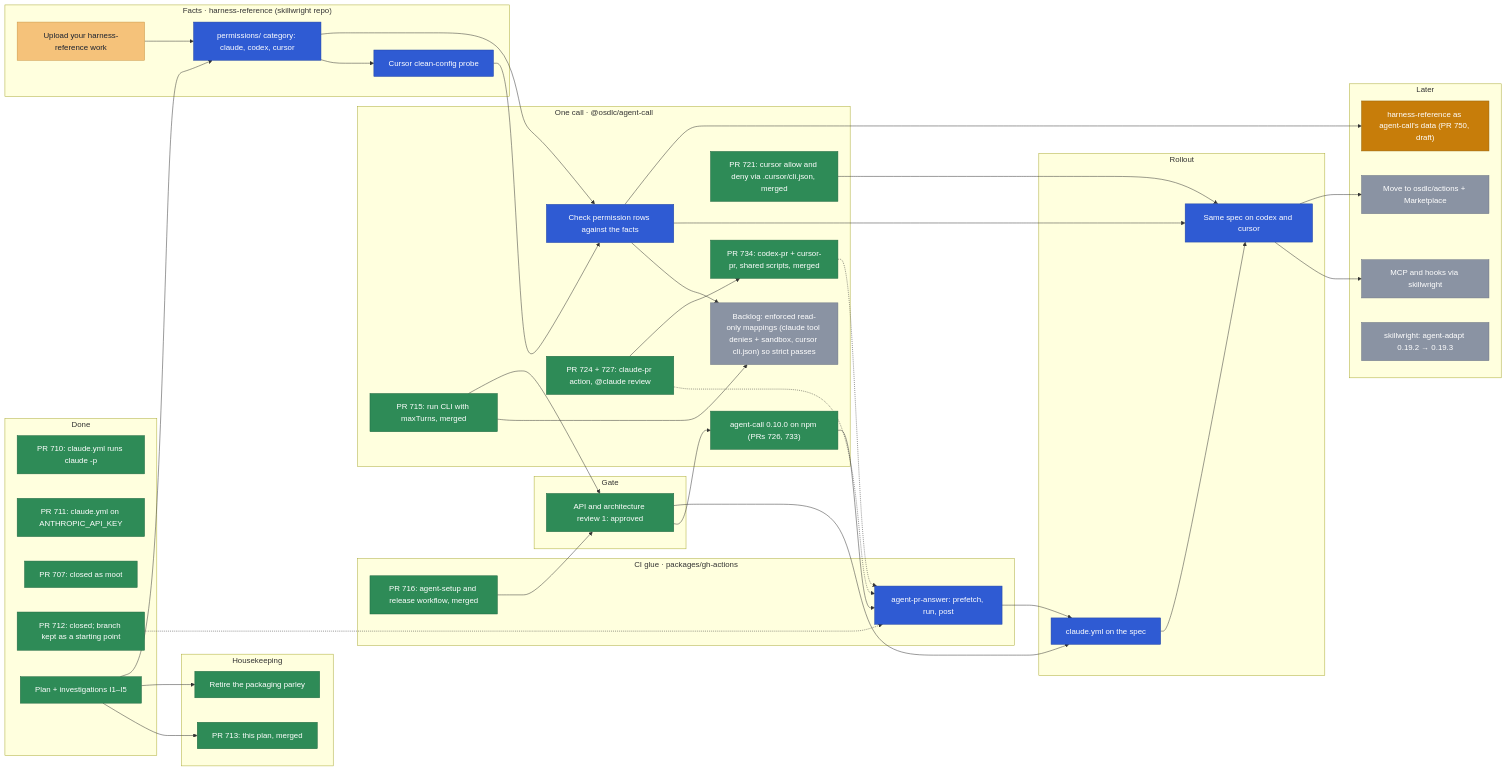
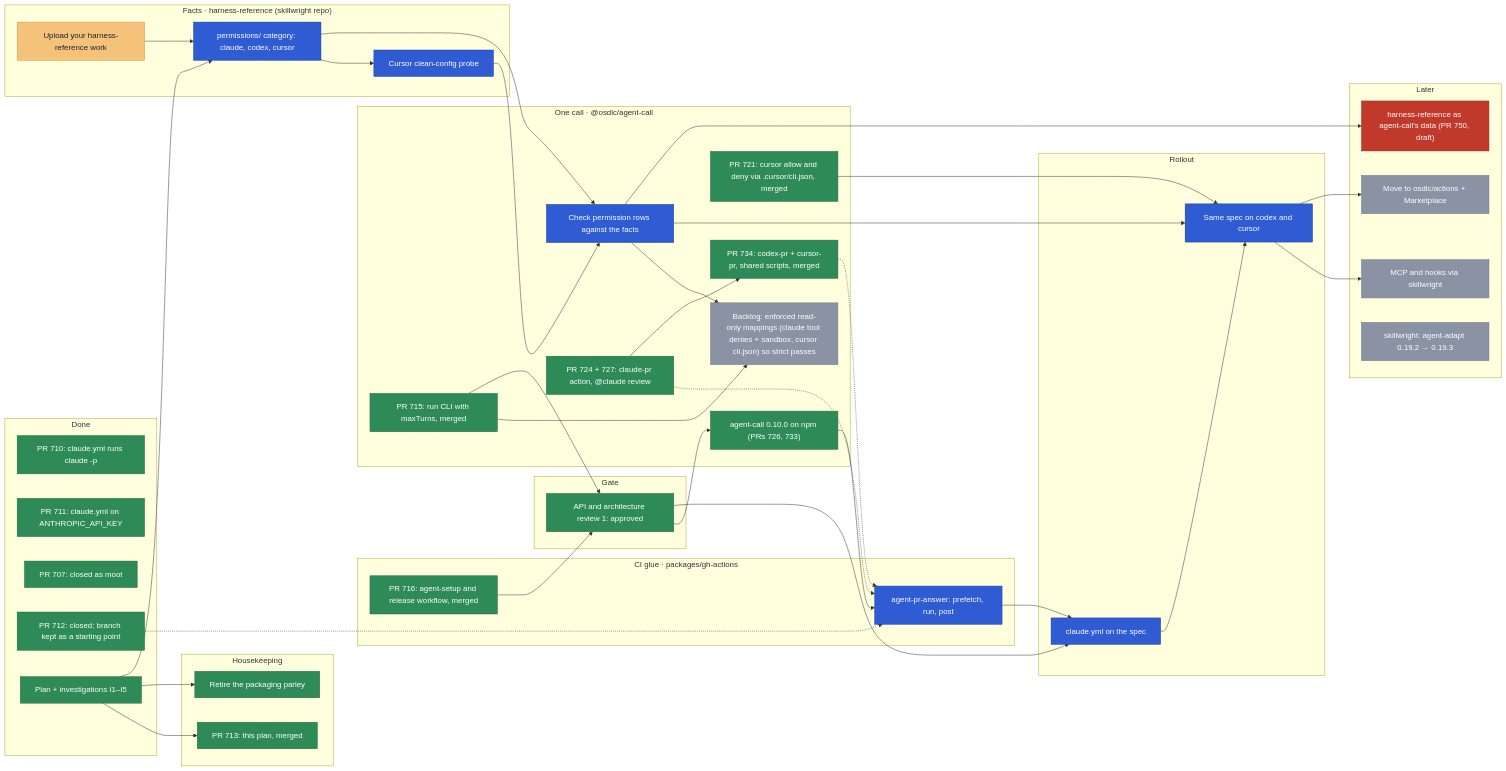
One commit to osdlc/osdlc changed the diagram in docs/planning/agent-ci.md. Above: the diagram before and after it, drawn with Mermaid. The commit also changed other lines of this file, not shown here.

````diff
--- a/docs/planning/agent-ci.md
+++ b/docs/planning/agent-ci.md
@@ -125,5 +125,5 @@
   class REL done
   class CUR done
   class MCP,PUB,PIN,STRICT later
-  class DATA active
+  class DATA blocked
 ```
````
